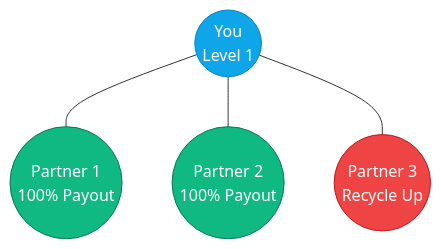
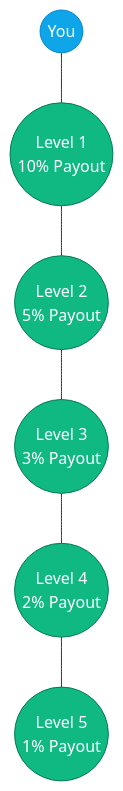
Before and after one commit to CHIRAYU-365/OXIDEX: the second of 3 diagrams in README.md, drawn with Mermaid. The commit also changed other lines of this file and 13 other files, not shown here.

````diff
--- a/README.md
+++ b/README.md
@@ -81,11 +65,12 @@
 ```mermaid
 graph TD
     classDef root fill:#0ea5e9,color:#fff,stroke:#0284c7;
     classDef p1 fill:#10b981,color:#fff,stroke:#047857;
-    classDef rec fill:#ef4444,color:#fff,stroke:#b91c1c;
 
-    Root((You\nLevel 1)):::root
-    Root --- P1((Partner 1\n100% Payout)):::p1
-    Root --- P2((Partner 2\n100% Payout)):::p1
-    Root --- P3((Partner 3\nRecycle Up)):::rec
+    Root((You)):::root
+    Root --- L1((Level 1\n10% Payout)):::p1
+    L1 --- L2((Level 2\n5% Payout)):::p1
+    L2 --- L3((Level 3\n3% Payout)):::p1
+    L3 --- L4((Level 4\n2% Payout)):::p1
+    L4 --- L5((Level 5\n1% Payout)):::p1
 ```
````
